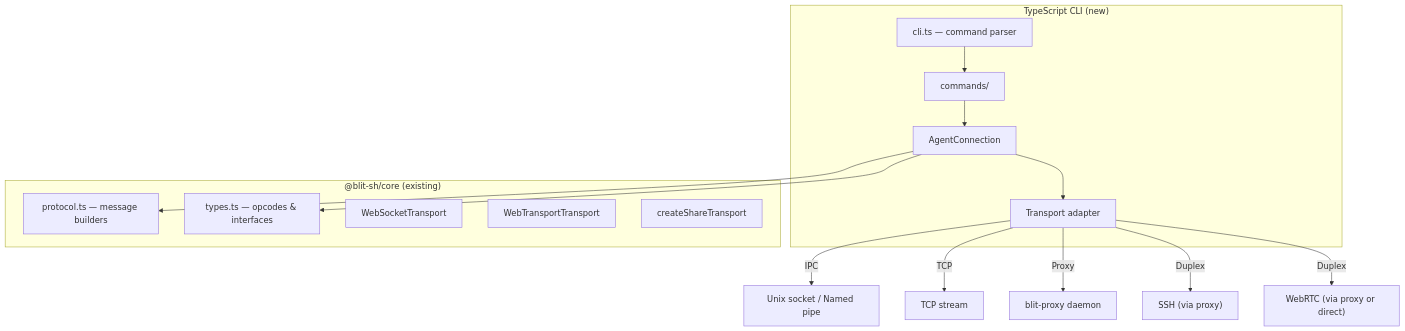
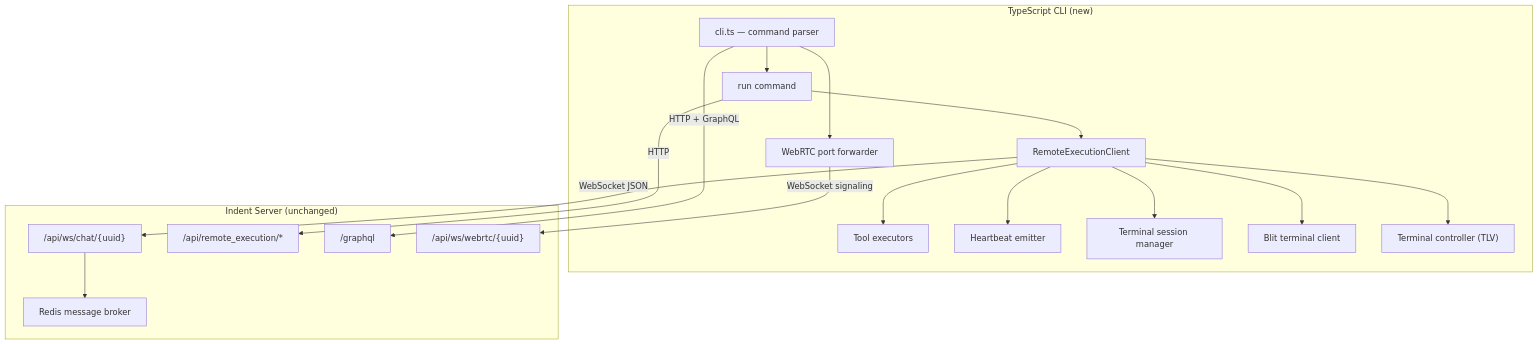
Before and after one commit to indent-com/blit: the first of 4 diagrams in docs/specs/cli.md, drawn with Mermaid. The commit also changed other lines of this file, not shown here.

First line of the commit message:
Rewrite spec for Indent CLI (python_modules/exponent), not blit

````diff
--- a/docs/specs/cli.md
+++ b/docs/specs/cli.md
@@ -80,28 +84,36 @@
 ```mermaid
 graph TD
     subgraph "TypeScript CLI (new)"
-        CLI[cli.ts — command parser]
-        CMDS[commands/]
-        AGENT[AgentConnection]
-        XPORT[Transport adapter]
+        CLI["cli.ts — command parser"]
+        RUN["run command"]
+        REC["RemoteExecutionClient"]
+        TOOLS["Tool executors"]
+        HEART["Heartbeat emitter"]
+        TERM["Terminal session manager"]
+        BLIT["Blit terminal client"]
+        TCTL["Terminal controller (TLV)"]
+        WEBRTC["WebRTC port forwarder"]
     end
 
-    subgraph "@blit-sh/core (existing)"
-        PROTO[protocol.ts — message builders]
-        TYPES[types.ts — opcodes & interfaces]
-        WS[WebSocketTransport]
-        WT[WebTransportTransport]
-        SHARE[createShareTransport]
+    subgraph "Indent Server (unchanged)"
+        WS["/api/ws/chat/{uuid}"]
+        REST["/api/remote_execution/*"]
+        GQL["/graphql"]
+        SIG["/api/ws/webrtc/{uuid}"]
+        REDIS["Redis message broker"]
     end
 
-    CLI --> CMDS
-    CMDS --> AGENT
-    AGENT --> XPORT
-    XPORT -->|IPC| UNIX["Unix socket / Named pipe"]
-    XPORT -->|TCP| TCP["TCP stream"]
-    XPORT -->|Proxy| PROXY["blit-proxy daemon"]
-    XPORT -->|Duplex| SSH["SSH (via proxy)"]
-    XPORT -->|Duplex| WEBRTC["WebRTC (via proxy or direct)"]
-    AGENT --> PROTO
-    AGENT --> TYPES
+    CLI --> RUN
+    RUN --> REC
+    REC -->|WebSocket JSON| WS
+    REC --> TOOLS
+    REC --> HEART
+    REC --> TERM
+    REC --> BLIT
+    REC --> TCTL
+    CLI --> WEBRTC
+    WEBRTC -->|WebSocket signaling| SIG
+    RUN -->|HTTP| REST
+    CLI -->|HTTP + GraphQL| GQL
+    WS --> REDIS
 ```
````
